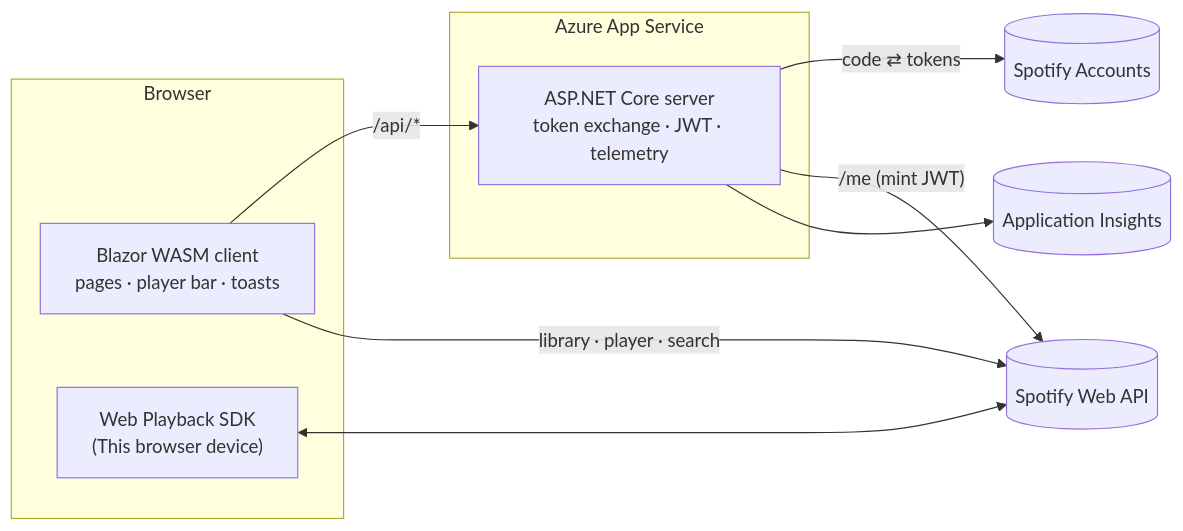
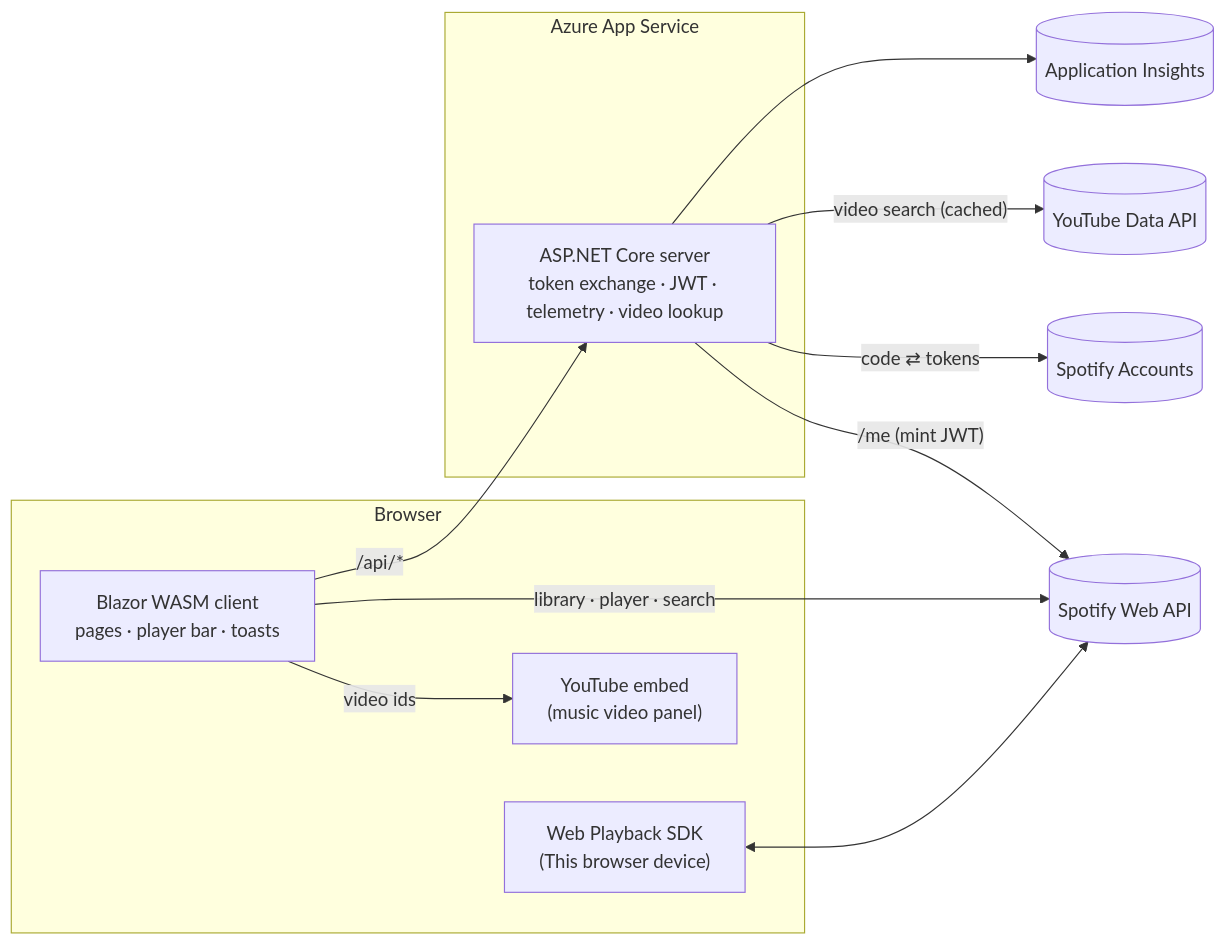
The first of 2 diagrams in README.md (RobWiersma/SpotifyBlazor), drawn with Mermaid before and after one commit. The commit also changed other lines of this file, not shown here.

First paragraph of the commit message:
Feature/music videos (#4)
* Add music videos to Now Playing

````diff
--- a/README.md
+++ b/README.md
@@ -110,22 +110,26 @@
 ```mermaid
 flowchart LR
     subgraph Browser
         C["Blazor WASM client<br/>pages · player bar · toasts"]
         W["Web Playback SDK<br/>(This browser device)"]
+        V["YouTube embed<br/>(music video panel)"]
     end
 
     subgraph Azure["Azure App Service"]
-        S["ASP.NET Core server<br/>token exchange · JWT · telemetry"]
+        S["ASP.NET Core server<br/>token exchange · JWT · telemetry · video lookup"]
     end
 
     SA[("Spotify Accounts")]
     API[("Spotify Web API")]
+    YT[("YouTube Data API")]
     AI[("Application Insights")]
 
     C -- "/api/*" --> S
     S -- "code ⇄ tokens" --> SA
     S -- "/me (mint JWT)" --> API
+    S -- "video search (cached)" --> YT
     C -- "library · player · search" --> API
+    C -- "video ids" --> V
     W <--> API
     S --> AI
 ```
````
